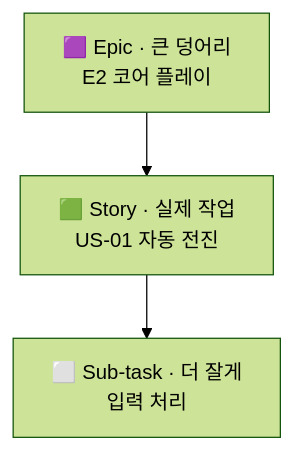
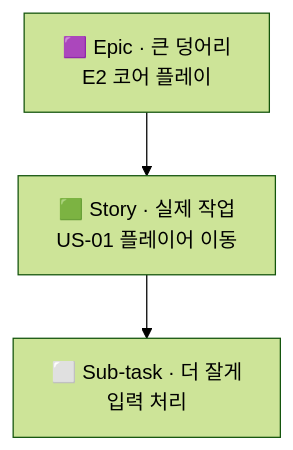
Before and after one commit to bbnotest/Smart4_PM: the diagram in 02_Jira/Step2.md, drawn with Mermaid (forest theme). The commit also changed 36 other files, not shown here.

````diff
--- a/02_Jira/Step2.md
+++ b/02_Jira/Step2.md
@@ -22,5 +22,5 @@
 ```mermaid
 graph TD
-    EP["🟪 Epic · 큰 덩어리<br/>E2 코어 플레이"] --> ST["🟩 Story · 실제 작업<br/>US-01 자동 전진"]
+    EP["🟪 Epic · 큰 덩어리<br/>E2 코어 플레이"] --> ST["🟩 Story · 실제 작업<br/>US-01 플레이어 이동"]
     ST --> SUB["⬜ Sub-task · 더 잘게<br/>입력 처리"]
 ```
````
